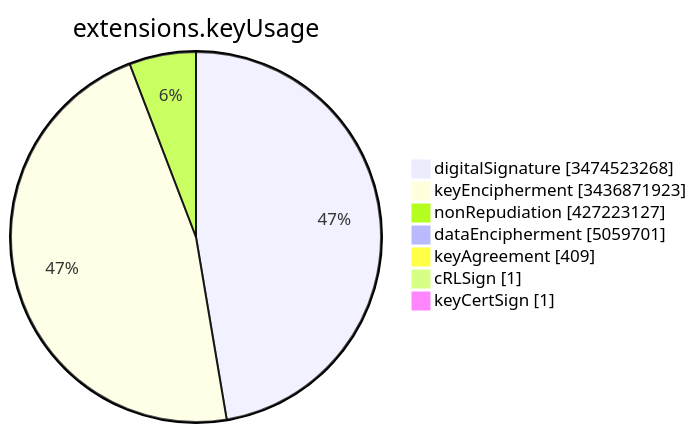
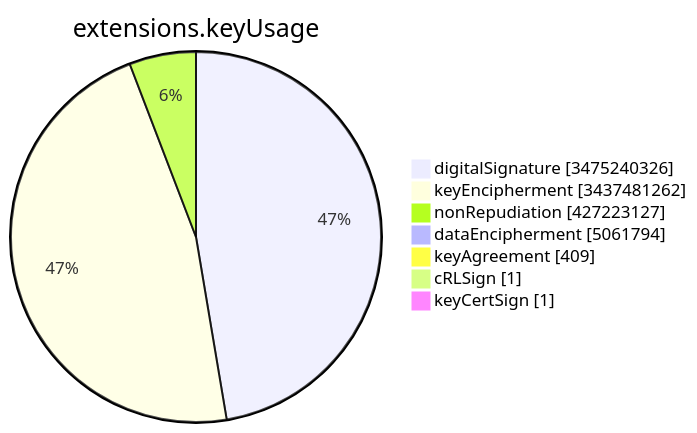
One commit to christiankrug/ctmonitor_visualization changed the sixth of 15 diagrams in TOTAL/README.md. Above: the diagram before and after it, drawn with Mermaid. The commit also changed other lines of this file, not shown here.

````diff
--- a/TOTAL/README.md
+++ b/TOTAL/README.md
@@ -3082,11 +3082,11 @@
 ```mermaid
 pie showData
 title extensions.keyUsage
-"digitalSignature" :3474523268
-"keyEncipherment" :3436871923
+"digitalSignature" :3475240326
+"keyEncipherment" :3437481262
 "nonRepudiation" :427223127
-"dataEncipherment" :5059701
+"dataEncipherment" :5061794
 "keyAgreement" :409
 "cRLSign" :1
 "keyCertSign" :1
 ```
````
